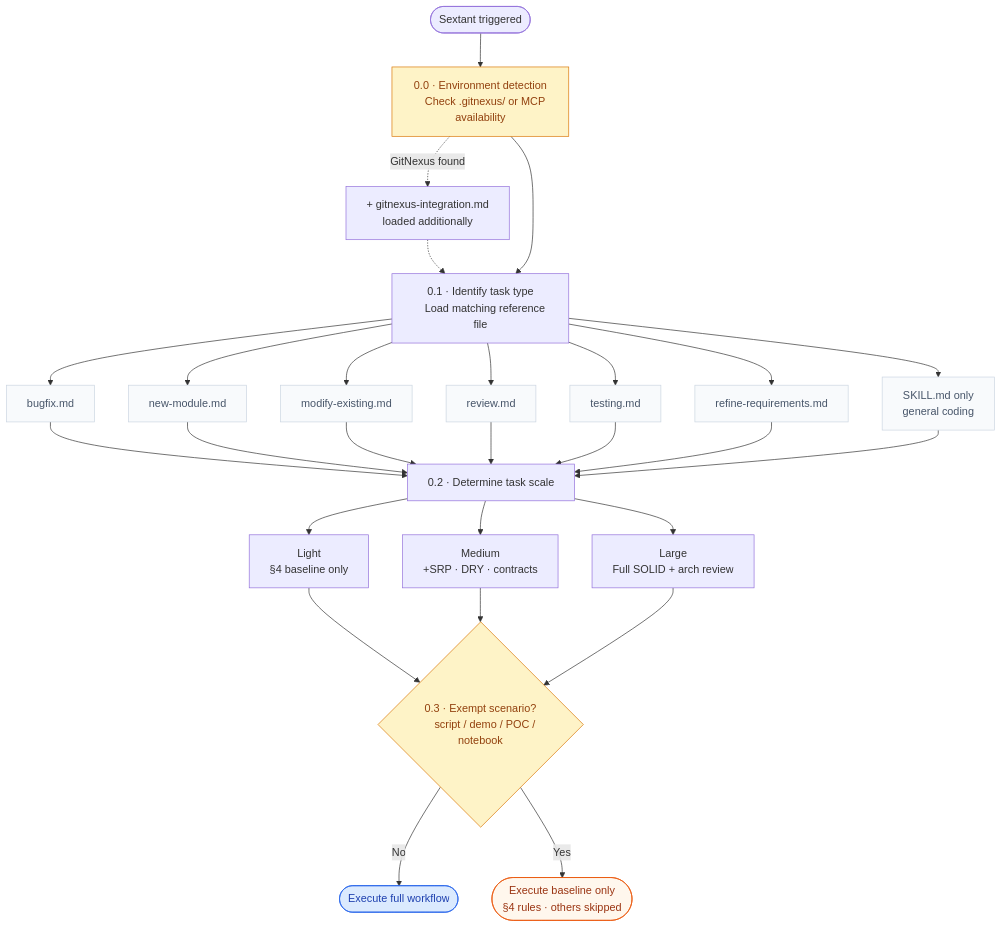
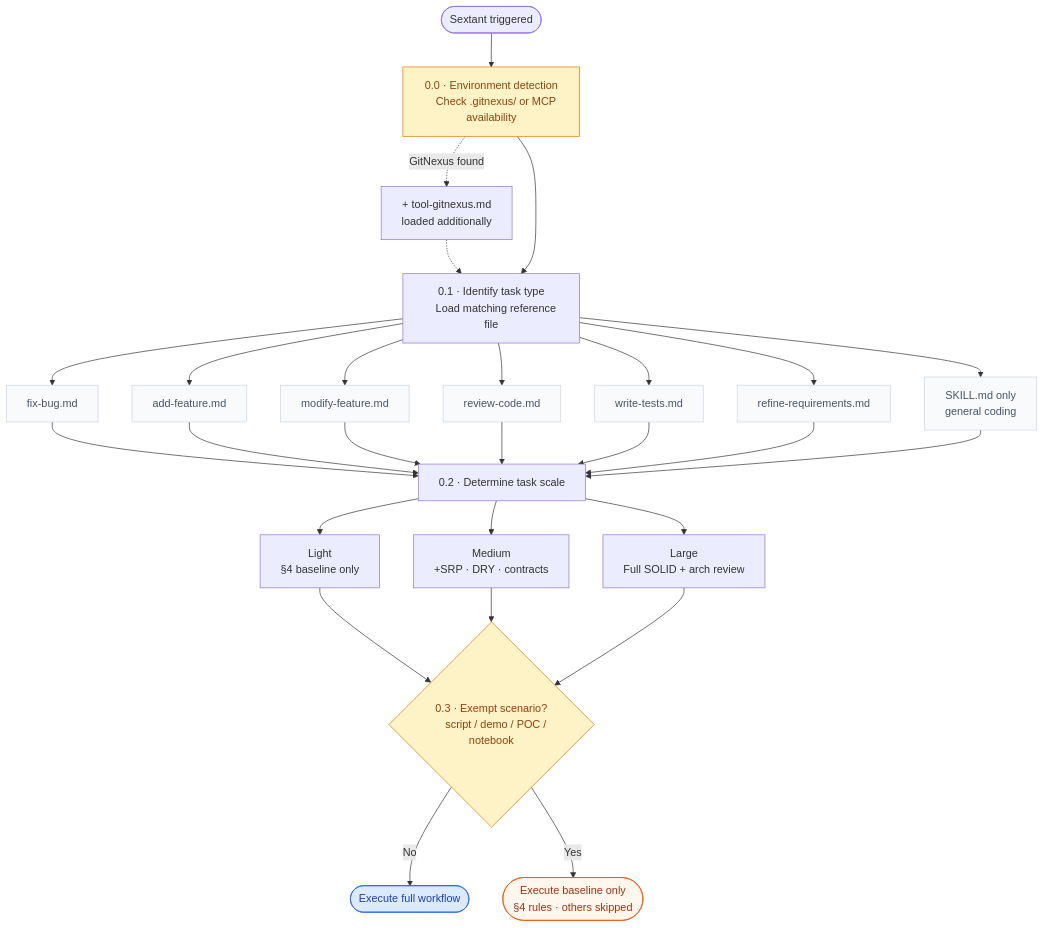
Before and after one commit to hellotern/Sextant: the diagram in README.md, drawn with Mermaid. The commit also changed other lines of this file and 10 other files, not shown here.

````diff
--- a/README.md
+++ b/README.md
@@ -36,50 +36,50 @@
 ```mermaid
 flowchart TD
     A([Sextant triggered]) --> B
 
     B["0.0 · Environment detection
     Check .gitnexus/ or MCP availability"]
-    B -.->|GitNexus found| GN["+ gitnexus-integration.md
+    B -.->|GitNexus found| GN["+ tool-gitnexus.md
     loaded additionally"]
     GN -.-> C
     B --> C
 
     C["0.1 · Identify task type
     Load matching reference file"]
-    C --> R1["bugfix.md"]
-    C --> R2["new-module.md"]
-    C --> R3["modify-existing.md"]
-    C --> R4["review.md"]
-    C --> R5["testing.md"]
+    C --> R1["fix-bug.md"]
+    C --> R2["add-feature.md"]
+    C --> R3["modify-feature.md"]
+    C --> R4["review-code.md"]
+    C --> R5["write-tests.md"]
     C --> R6["refine-requirements.md"]
     C --> R7["SKILL.md only
     general coding"]
 
     R1 & R2 & R3 & R4 & R5 & R6 & R7 --> D
 
     D["0.2 · Determine task scale"]
     D --> S1["Light
     §4 baseline only"]
     D --> S2["Medium
     +SRP · DRY · contracts"]
     D --> S3["Large
     Full SOLID + arch review"]
 
     S1 & S2 & S3 --> E
 
     E{"0.3 · Exempt scenario?
     script / demo / POC / notebook"}
     E -->|No| F(["Execute full workflow"])
     E -->|Yes| G(["Execute baseline only
     §4 rules · others skipped"])
 
     classDef conditional fill:#fef3c7,stroke:#d97706,color:#92400e
     classDef endpoint   fill:#dbeafe,stroke:#2563eb,color:#1e40af
     classDef bypass     fill:#fff7ed,stroke:#ea580c,color:#9a3412
     classDef route      fill:#f8fafc,stroke:#cbd5e1,color:#475569
 
     class B,E conditional
     class F endpoint
     class G bypass
     class R1,R2,R3,R4,R5,R6,R7 route
 ```
````
